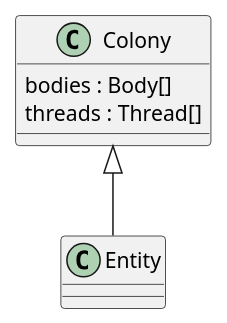
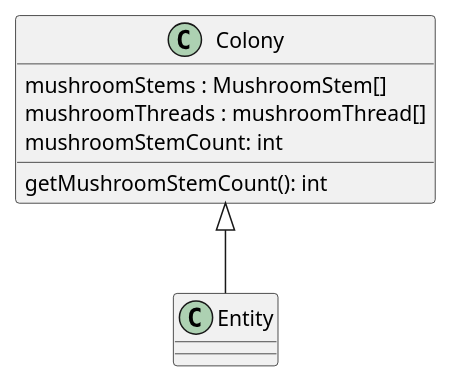
The diagram in 3/classes/colony.puml (Petya-G/fungorium), drawn with PlantUML before and after one commit. The commit also changed 4 other files, not shown here.

```diff
--- a/3/classes/colony.puml
+++ b/3/classes/colony.puml
@@ -1,8 +1,10 @@
 @startuml colony
 
 Colony <|-- Entity
 class Colony{
-    bodies : Body[]
-    threads : Thread[]
+    mushroomStems : MushroomStem[]
+    mushroomThreads : mushroomThread[]
+    mushroomStemCount: int
+    getMushroomStemCount(): int
 }
 @enduml
```
